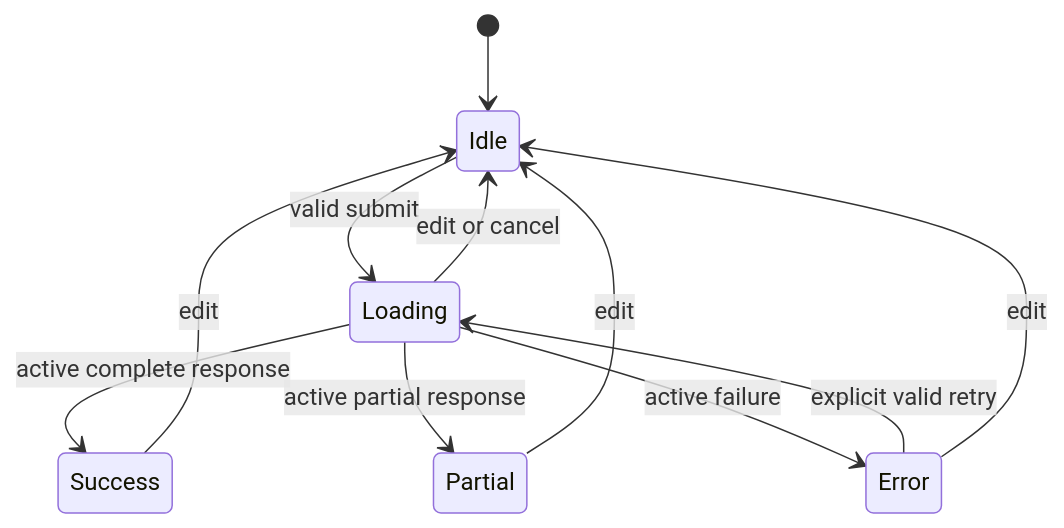
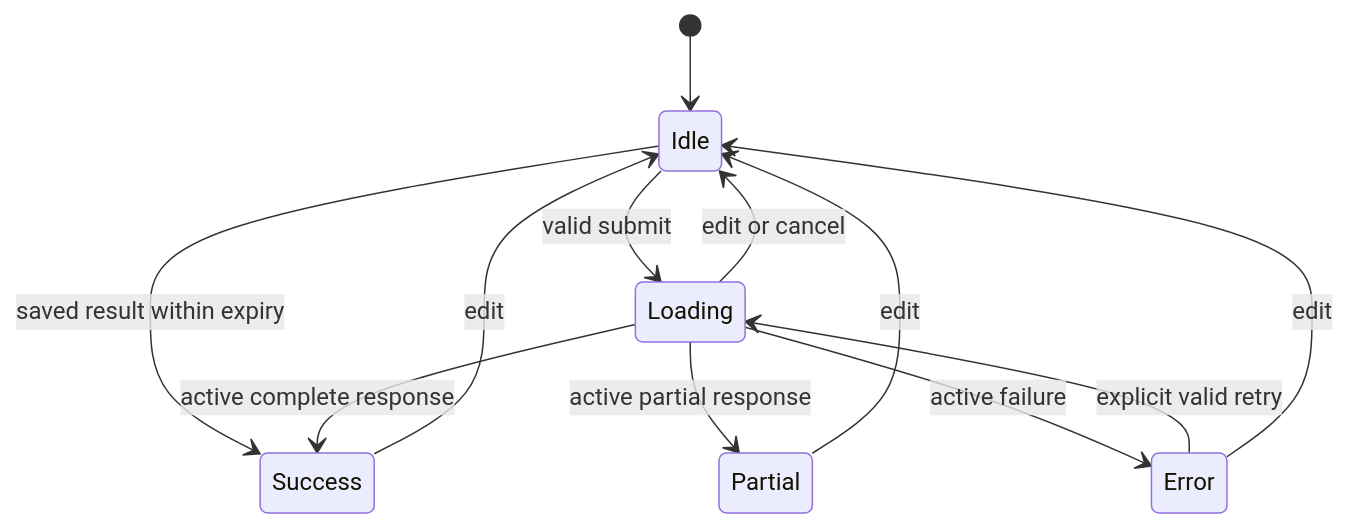
The fifth of 5 diagrams in frontend/docs/system.frontend.md (amitprasad21/Climate-Hazard-Trend-Analyzer), drawn with Mermaid before and after one commit. The commit also changed other lines of this file and 14 other files, not shown here.

````diff
--- a/frontend/docs/system.frontend.md
+++ b/frontend/docs/system.frontend.md
@@ -110,13 +116,14 @@
 ```mermaid
 stateDiagram-v2
     [*] --> Idle
     Idle --> Loading: valid submit
+    Idle --> Success: saved result within expiry
     Loading --> Success: active complete response
     Loading --> Partial: active partial response
     Loading --> Error: active failure
     Loading --> Idle: edit or cancel
     Success --> Idle: edit
     Partial --> Idle: edit
     Error --> Loading: explicit valid retry
     Error --> Idle: edit
 ```
````
